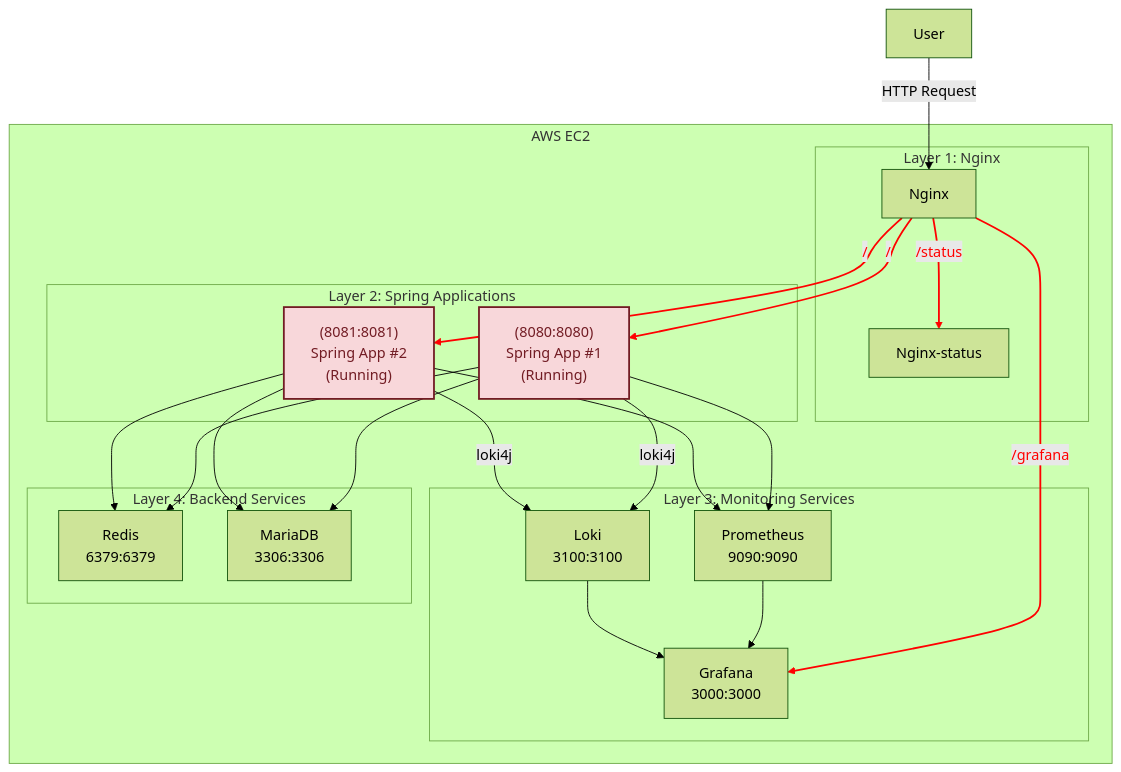
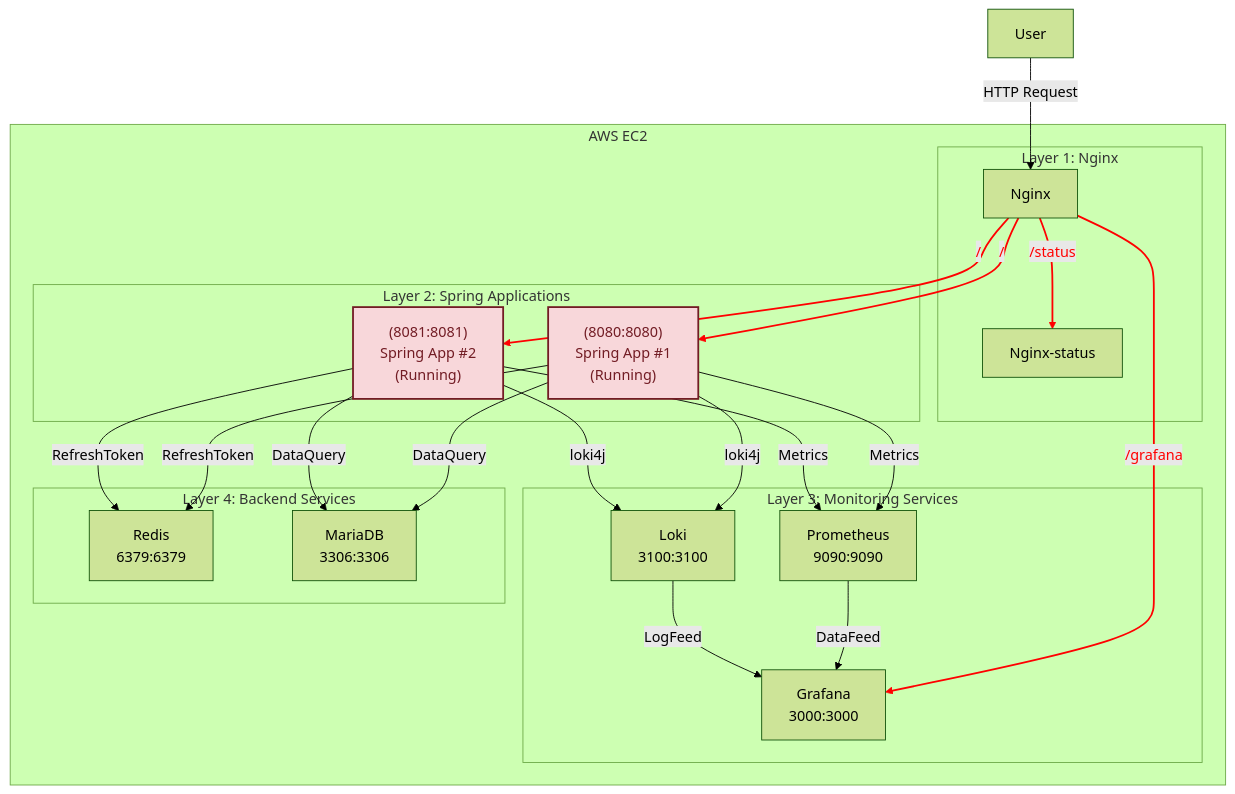
The third of 5 diagrams in README.md (tape4/spring-cicd-template), drawn with Mermaid (forest theme) before and after one commit. The commit also changed other lines of this file, not shown here.

````diff
--- a/README.md
+++ b/README.md
@@ -128,65 +128,65 @@
 ```mermaid
 flowchart TD
 		%% 노드에 적용할 클래스 정의
     classDef redText fill:#f8d7da,stroke:#721c24,stroke-width:2px,color:#721c24;
     classDef blueText fill:#cce5ff,stroke:#004085,stroke-width:2px,color:#004085;
     
     %% 외부 사용자 노드
     U[User]
 
     %% AWS EC2 내 시스템 전체를 묶는 서브그래프
     subgraph "AWS EC2"
         %% Layer 1: Nginx
         subgraph "Layer 1: Nginx"
           N[Nginx]
           NS[Nginx-status]
         end
 
         %% Layer 2: Spring Applications
         subgraph "Layer 2: Spring Applications"
           S1["(8080:8080)<br/>Spring App #1<br/>(Running)"]
           S2["(8081:8081)<br/>Spring App #2<br/>(Running)"]
 	        class S1 redText
 	        class S2 redText
         end
 
         %% Layer 3: Monitoring Services
         subgraph "Layer 3: Monitoring Services"
           P[Prometheus<br/>9090:9090]
           G[Grafana<br/>3000:3000]
           L[Loki<br/>3100:3100]
         end
 
         %% Layer 4: Backend Services
         subgraph "Layer 4: Backend Services"
           R[Redis<br/>6379:6379]
           D[MariaDB<br/>3306:3306]
         end
 
         %% 내부 연결
         N -- "/" --> S1
         N -- "/" --> S2
         N -- "/status" --> NS
         N -- "/grafana" --> G
 
-        S1 --> P
+        S1 -- "Metrics" --> P
         S1 -- "loki4j" --> L
-        S1 --> R
-        S1 --> D
+        S1 -- "RefreshToken" --> R
+        S1 -- "DataQuery" --> D
 
-        S2 --> P
+        S2 -- "Metrics" --> P
         S2 -- "loki4j" --> L
-        S2 --> R
-        S2 --> D
+        S2 -- "RefreshToken" --> R
+        S2 -- "DataQuery" --> D
 
-        P --> G
-        L --> G
+        P -- "DataFeed" --> G
+	L -- "LogFeed" --> G
     end
 
     U -->|HTTP Request| N
     
     linkStyle 0 stroke:#ff0000, stroke-width:2px, color:#ff0000
     linkStyle 1 stroke:#ff0000, stroke-width:2px, color:#ff0000
     linkStyle 2 stroke:#ff0000, stroke-width:2px, color:#ff0000
     linkStyle 3 stroke:#ff0000, stroke-width:2px, color:#ff0000
 ```
````
